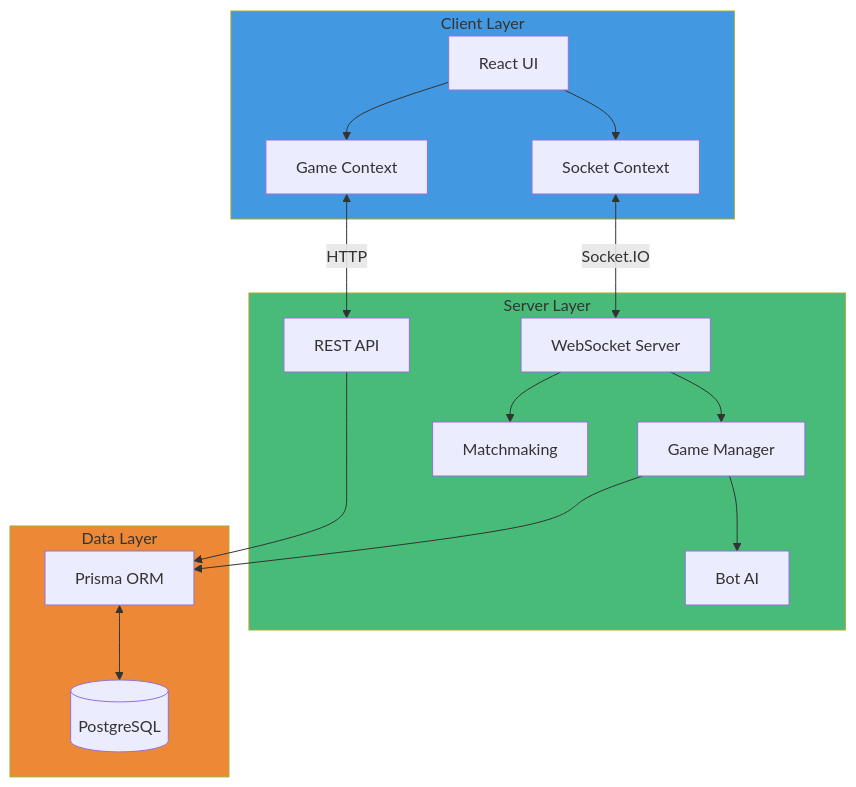
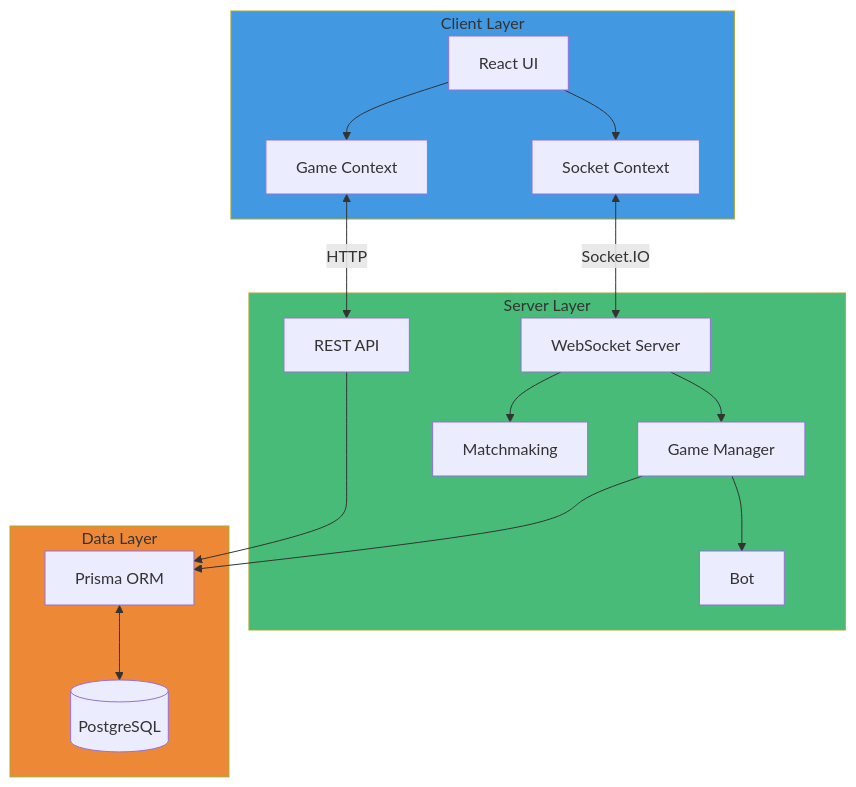
The first of 3 diagrams in README.md (rajat-sharma-3745/4-in-a-row), drawn with Mermaid before and after one commit. The commit also changed other lines of this file, not shown here.

````diff
--- a/README.md
+++ b/README.md
@@ -78,38 +78,38 @@
 ```mermaid
 graph TB
     subgraph Client["Client Layer"]
         UI[React UI]
         SC[Socket Context]
         GC[Game Context]
     end
     
     subgraph Server["Server Layer"]
         WS[WebSocket Server]
         API[REST API]
         GM[Game Manager]
         MM[Matchmaking]
-        BOT[Bot AI]
+        BOT[Bot]
     end
     
     subgraph Data["Data Layer"]
         DB[(PostgreSQL)]
         PRISMA[Prisma ORM]
     end
     
     UI --> SC
     UI --> GC
     SC <-->|Socket.IO| WS
     GC <-->|HTTP| API
     
     WS --> GM
     WS --> MM
     GM --> BOT
     
     API --> PRISMA
     GM --> PRISMA
     PRISMA <--> DB
     
     style Client fill:#4299e1
     style Server fill:#48bb78
     style Data fill:#ed8936
 ```
````
